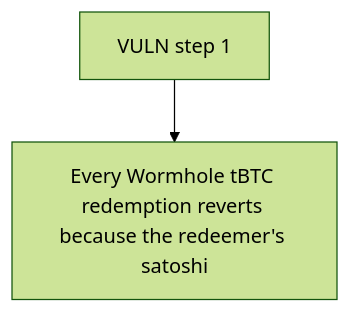
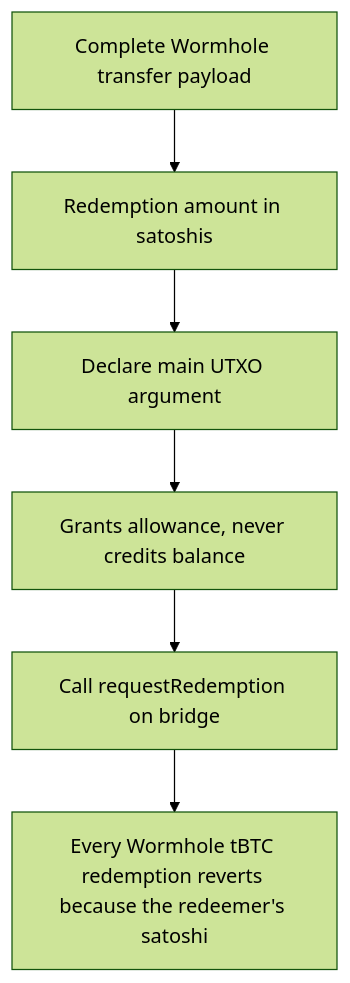
The diagram in 63508-requestredemption-reverts-because-l1btcredeemerwormholes-ban_exp/63508-requestredemption-reverts-because-l1btcredeemerwormholes-ban_exp.md (sanbir/evm-hack-registry), drawn with Mermaid (forest theme) before and after one commit. The commit also changed other lines of this file and 79 other files, not shown here.

````diff
--- a/63508-requestredemption-reverts-because-l1btcredeemerwormholes-ban_exp/63508-requestredemption-reverts-because-l1btcredeemerwormholes-ban_exp.md
+++ b/63508-requestredemption-reverts-because-l1btcredeemerwormholes-ban_exp/63508-requestredemption-reverts-because-l1btcredeemerwormholes-ban_exp.md
@@ -28,6 +28,14 @@
 ```mermaid
 flowchart TD
-  S0["VULN step 1"]
+  S0["Complete Wormhole transfer payload"]
+  S1["Redemption amount in satoshis"]
+  S2["Declare main UTXO argument"]
+  S3["Grants allowance, never credits balance"]
+  S4["Call requestRedemption on bridge"]
   H["Every Wormhole tBTC redemption reverts because the redeemer's satoshi "]
-  S0 --> H
+  S0 --> S1
+  S1 --> S2
+  S2 --> S3
+  S3 --> S4
+  S4 --> H
 ```
````
